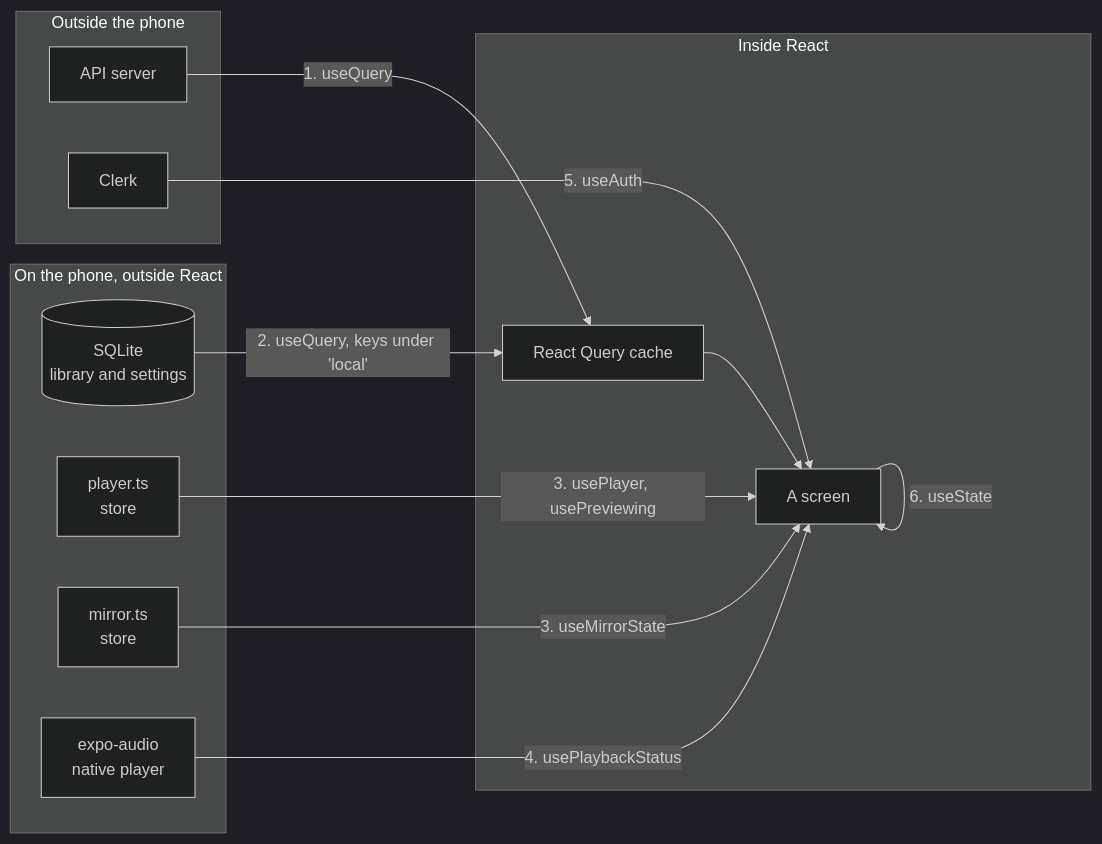
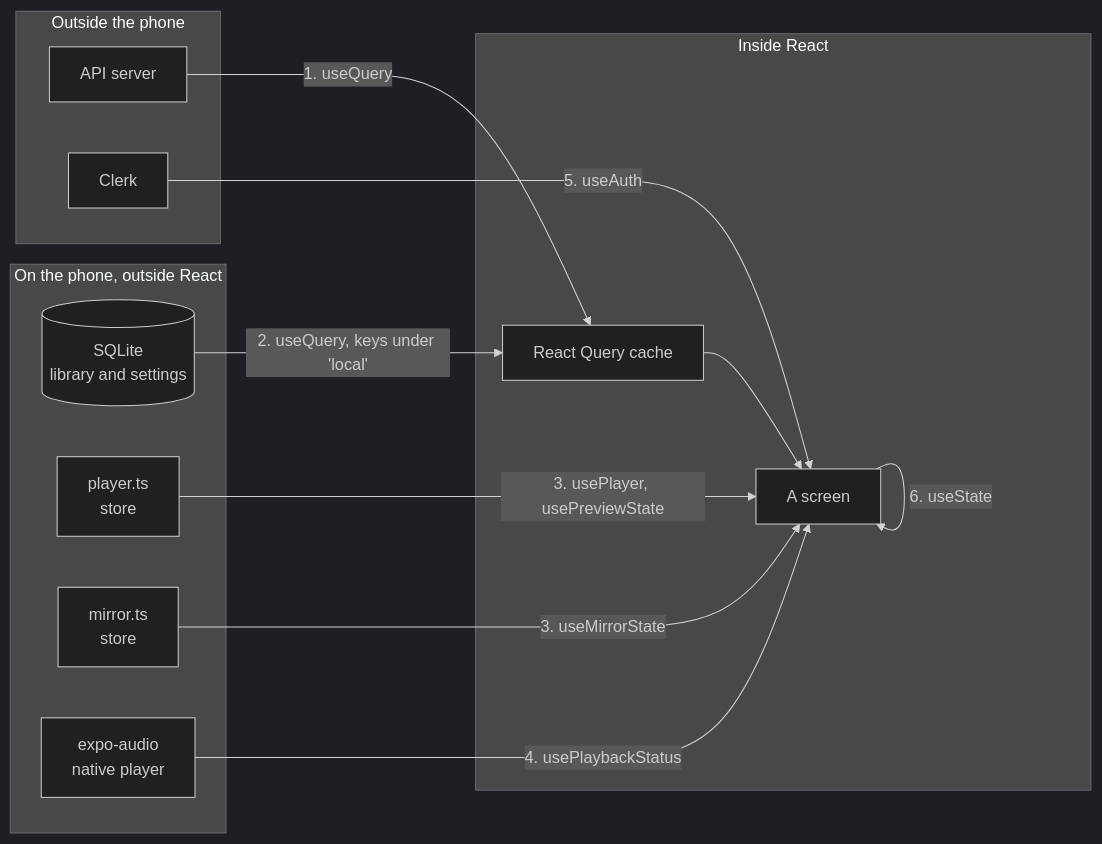
The first of 2 diagrams in docs/learning/app-state.md (MichaelChung888/AudioStash), drawn with Mermaid (dark theme) before and after one commit. The commit also changed other lines of this file and 3 other files, not shown here.

````diff
--- a/docs/learning/app-state.md
+++ b/docs/learning/app-state.md
@@ -33,26 +33,26 @@
 ```mermaid
 flowchart LR
     subgraph Outside["Outside the phone"]
         API["API server"]
         Clerk["Clerk"]
     end
     subgraph Phone["On the phone, outside React"]
         SQLite[("SQLite<br/>library and settings")]
         Player["player.ts<br/>store"]
         Mirror["mirror.ts<br/>store"]
         Native["expo-audio<br/>native player"]
     end
     subgraph React["Inside React"]
         RQ["React Query cache"]
         Screen["A screen"]
     end
 
     API -- "1. useQuery" --> RQ
     SQLite -- "2. useQuery, keys under 'local'" --> RQ
     RQ --> Screen
-    Player -- "3. usePlayer, usePreviewing" --> Screen
+    Player -- "3. usePlayer, usePreviewState" --> Screen
     Mirror -- "3. useMirrorState" --> Screen
     Native -- "4. usePlaybackStatus" --> Screen
     Clerk -- "5. useAuth" --> Screen
     Screen -- "6. useState" --> Screen
 ```
````
